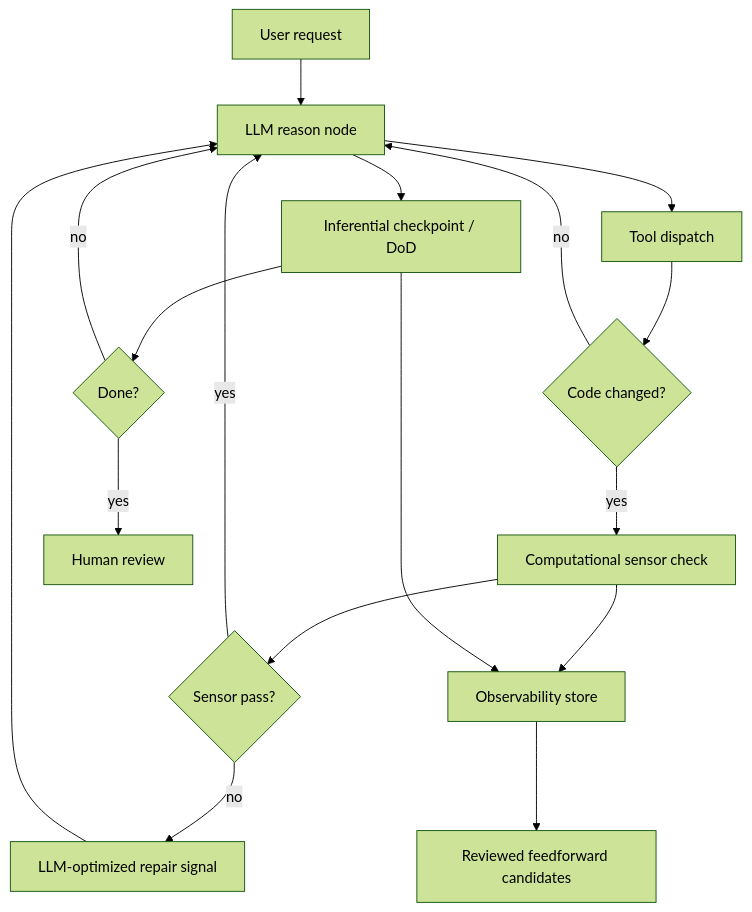
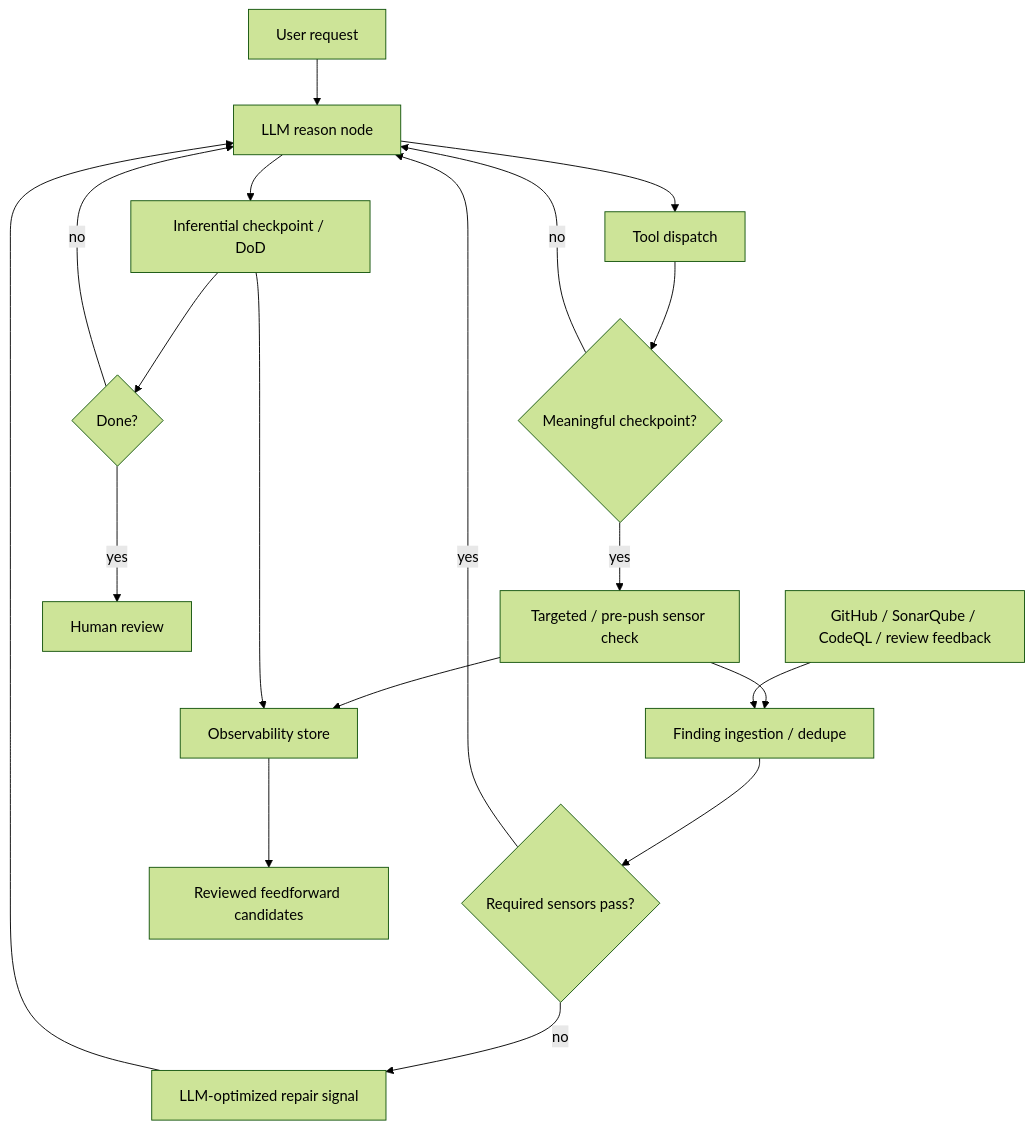
One commit to jwill9999/agent-platform changed the diagram in docs/tasks/agent-platform-feedback-sensors.md. Above: the diagram before and after it, drawn with Mermaid (forest theme). The commit also changed other lines of this file and 6 other files, not shown here.

Commit message:
Refine feedback sensor specs

````diff
--- a/docs/tasks/agent-platform-feedback-sensors.md
+++ b/docs/tasks/agent-platform-feedback-sensors.md
@@ -49,19 +91,21 @@
 ```mermaid
 flowchart TD
     User["User request"] --> LLM["LLM reason node"]
     LLM --> Tool["Tool dispatch"]
-    Tool --> Changed{"Code changed?"}
+    Tool --> Changed{"Meaningful checkpoint?"}
     Changed -- "no" --> LLM
-    Changed -- "yes" --> Sensors["Computational sensor check"]
-    Sensors --> Pass{"Sensor pass?"}
+    Changed -- "yes" --> Sensors["Targeted / pre-push sensor check"]
+    Sensors --> Findings["Finding ingestion / dedupe"]
+    Findings --> Pass{"Required sensors pass?"}
     Pass -- "yes" --> LLM
     Pass -- "no" --> Repair["LLM-optimized repair signal"]
     Repair --> LLM
     LLM --> Checkpoint["Inferential checkpoint / DoD"]
     Checkpoint --> Done{"Done?"}
     Done -- "no" --> LLM
     Done -- "yes" --> Human["Human review"]
     Sensors --> Store["Observability store"]
     Checkpoint --> Store
+    Remote["GitHub / SonarQube / CodeQL / review feedback"] --> Findings
     Store --> Flywheel["Reviewed feedforward candidates"]
 ```
````
